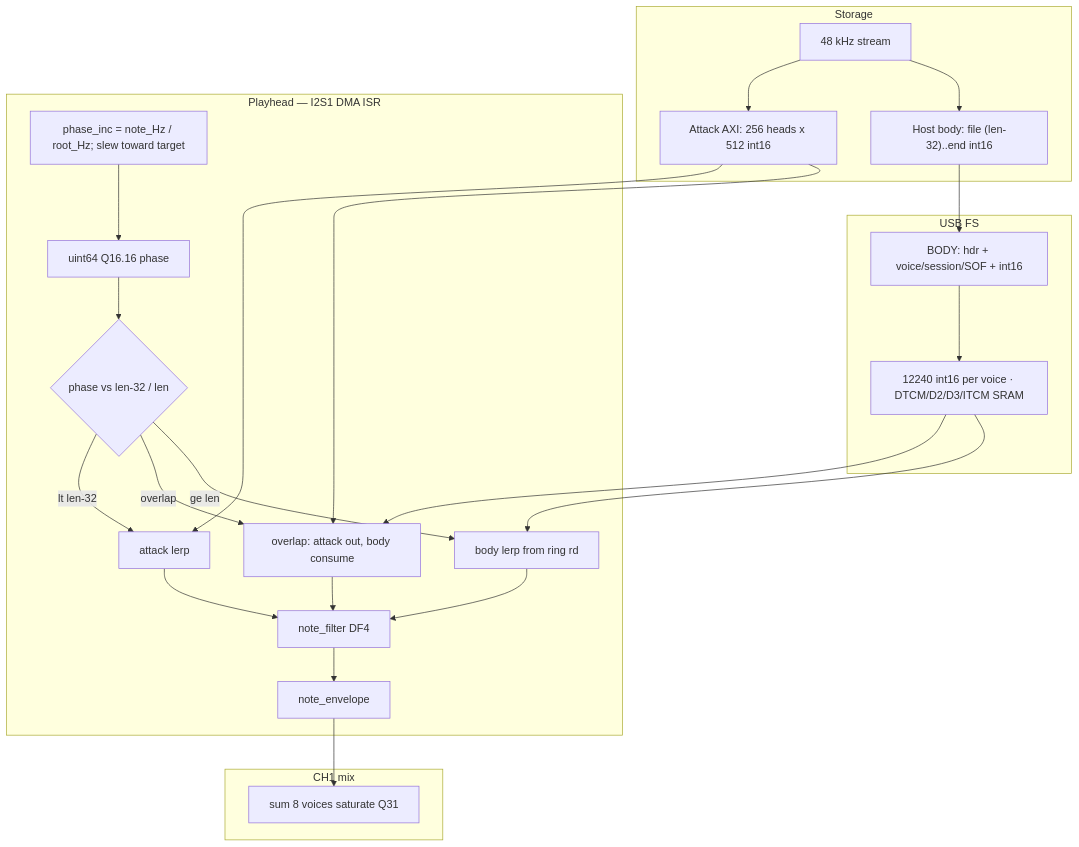
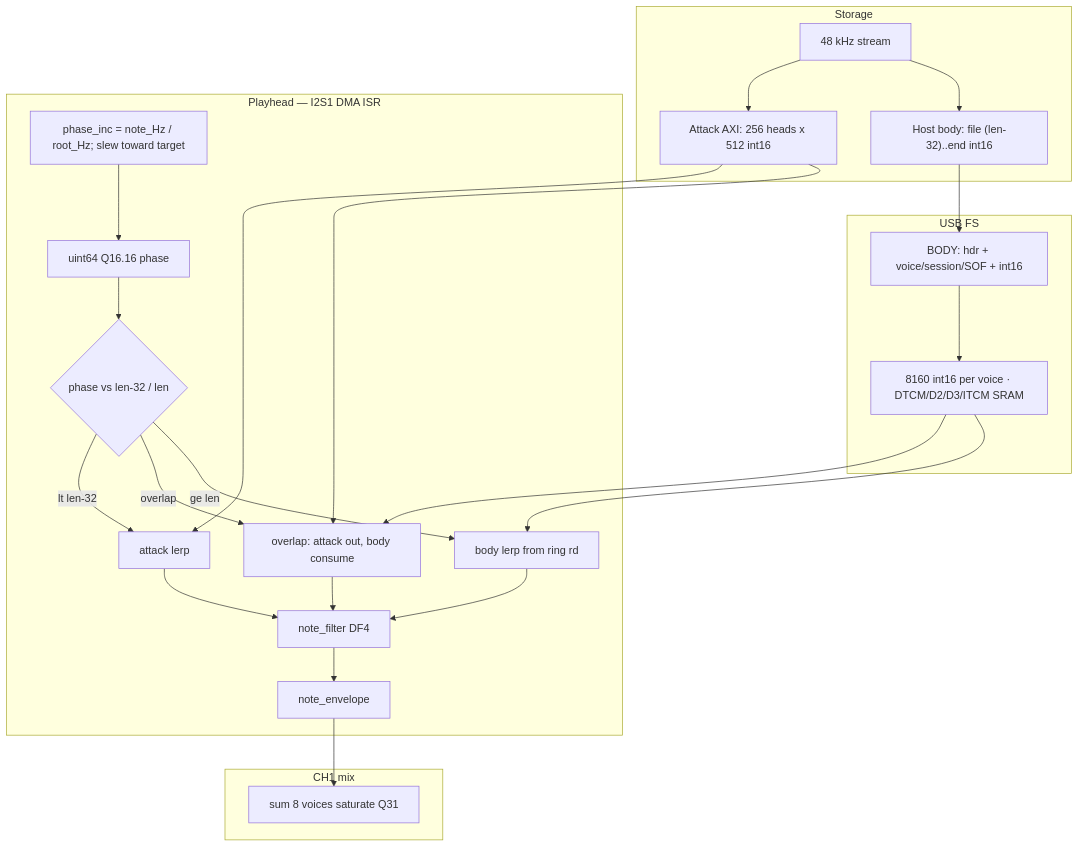
Before and after one commit to narendrabhatt-freshwater/firmware: the second of 5 diagrams in docs/diagrams/card_data_flow.md, drawn with Mermaid. The commit also changed 28 other files, not shown here.

````diff
--- a/docs/diagrams/card_data_flow.md
+++ b/docs/diagrams/card_data_flow.md
@@ -79,45 +79,45 @@
 ```mermaid
 flowchart TB
   subgraph store [Storage]
     File["48 kHz stream"]
     Atk["Attack AXI: 256 heads x 512 int16"]
     Body["Host body: file (len-32)..end int16"]
     File --> Atk
     File --> Body
   end
 
   subgraph usb [USB FS]
     Tag["BODY: hdr + voice/session/SOF + int16"]
-    Slots["12240 int16 per voice · DTCM/D2/D3/ITCM SRAM"]
+    Slots["8160 int16 per voice · DTCM/D2/D3/ITCM SRAM"]
     Body --> Tag --> Slots
   end
 
   subgraph play [Playhead — I2S1 DMA ISR]
     Ph["uint64 Q16.16 phase"]
     Inc["phase_inc = note_Hz / root_Hz; slew toward target"]
     Join{"phase vs len-32 / len"}
     AtkOnly["attack lerp"]
     Xfade["overlap: attack out, body consume"]
     BodyOnly["body lerp from ring rd"]
     Lpf["note_filter DF4"]
     Env["note_envelope"]
     Ph --> Join
     Inc --> Ph
     Atk --> AtkOnly
     Atk --> Xfade
     Slots --> Xfade
     Slots --> BodyOnly
     Join -->|lt len-32| AtkOnly
     Join -->|overlap| Xfade
     Join -->|ge len| BodyOnly
     AtkOnly --> Lpf
     Xfade --> Lpf
     BodyOnly --> Lpf
     Lpf --> Env
   end
 
   subgraph mix [CH1 mix]
     Sum["sum 8 voices saturate Q31"]
     Env --> Sum
   end
 ```
````
